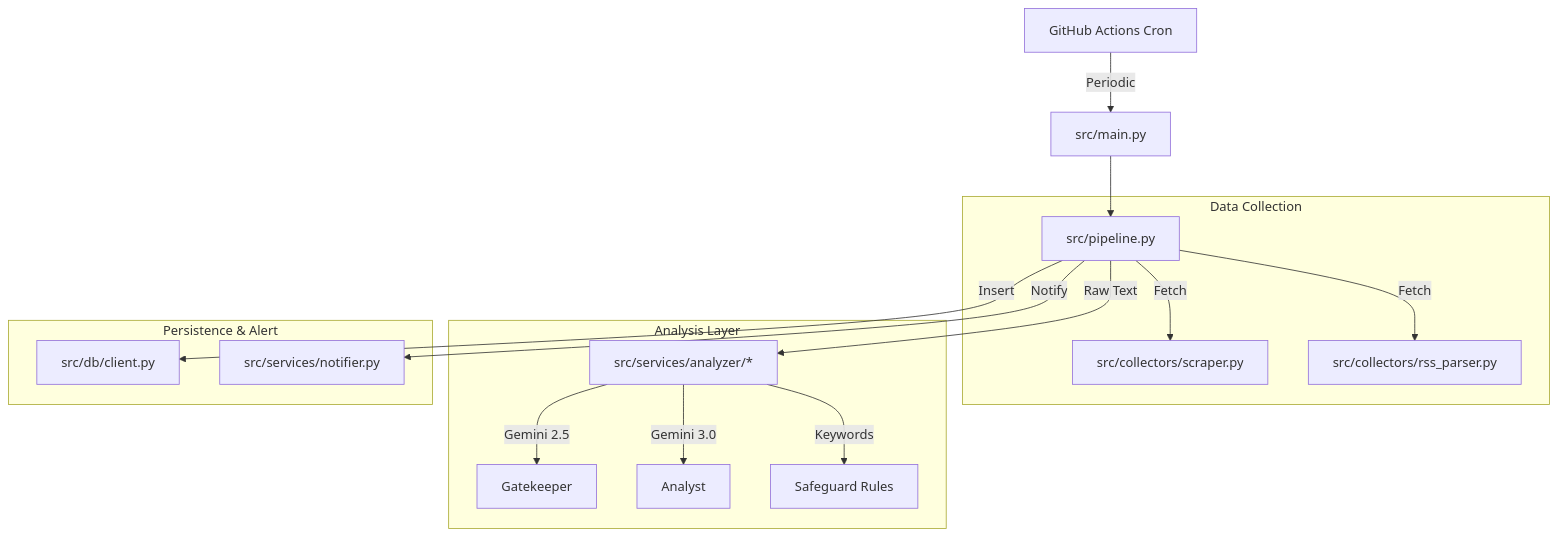
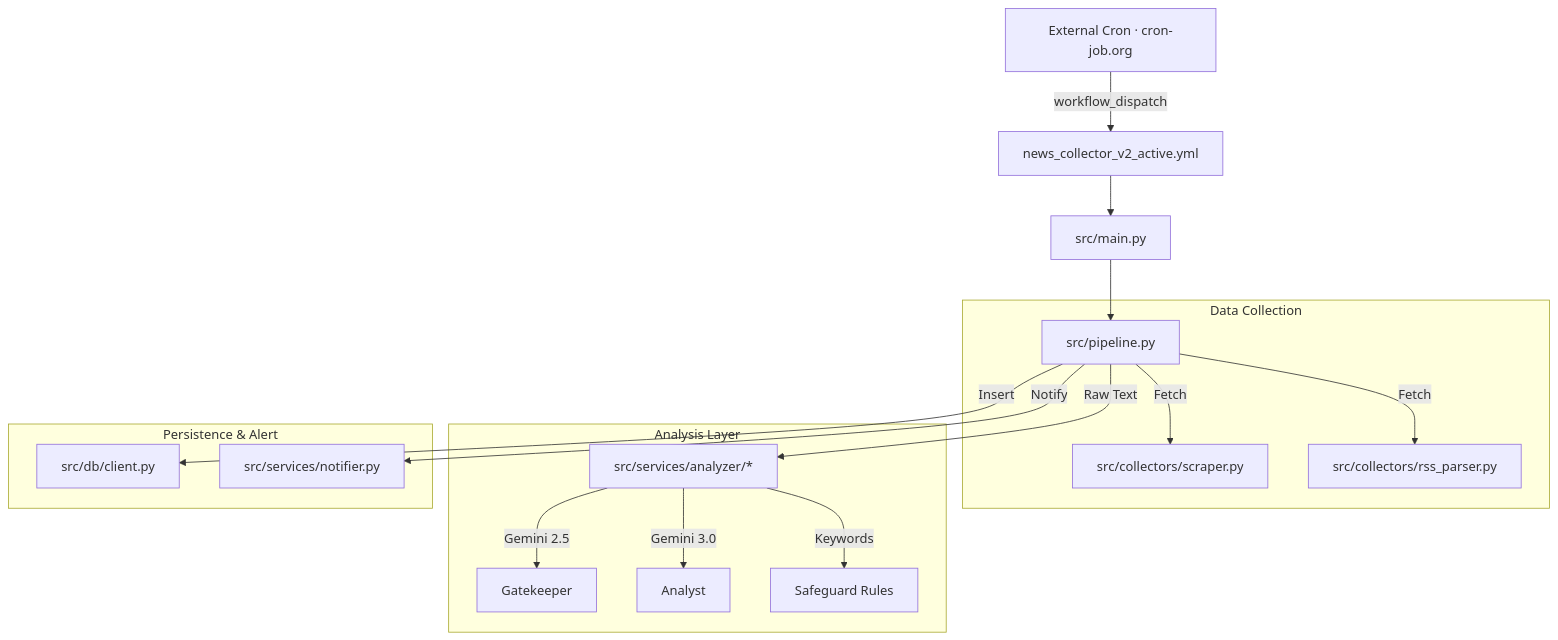
The diagram in docs/ARCHITECTURE.md (yootopia3/Regulation-News-reg), drawn with Mermaid before and after one commit. The commit also changed other lines of this file and 32 other files, not shown here.

````diff
--- a/docs/ARCHITECTURE.md
+++ b/docs/ARCHITECTURE.md
@@ -10,22 +10,23 @@
 ```mermaid
 graph TD
-    Trigger[GitHub Actions Cron] -->|Periodic| Main[src/main.py]
+    Trigger[External Cron · cron-job.org] -->|workflow_dispatch| GHA[news_collector_v2_active.yml]
+    GHA --> Main[src/main.py]
     Main --> Pipeline[src/pipeline.py]
     
     subgraph Data Collection
         Pipeline -->|Fetch| Scraper[src/collectors/scraper.py]
         Pipeline -->|Fetch| RSS[src/collectors/rss_parser.py]
     end
     
     subgraph Analysis Layer
         Pipeline -->|Raw Text| Analyzer[src/services/analyzer/*]
         Analyzer -->|Gemini 2.5| Tier1[Gatekeeper]
         Analyzer -->|Gemini 3.0| Tier2[Analyst]
         Analyzer -->|Keywords| Safeguard[Safeguard Rules]
     end
     
     subgraph Persistence & Alert
         Pipeline -->|Insert| Supabase[src/db/client.py]
         Pipeline -->|Notify| Telegram[src/services/notifier.py]
     end
 ```
````
